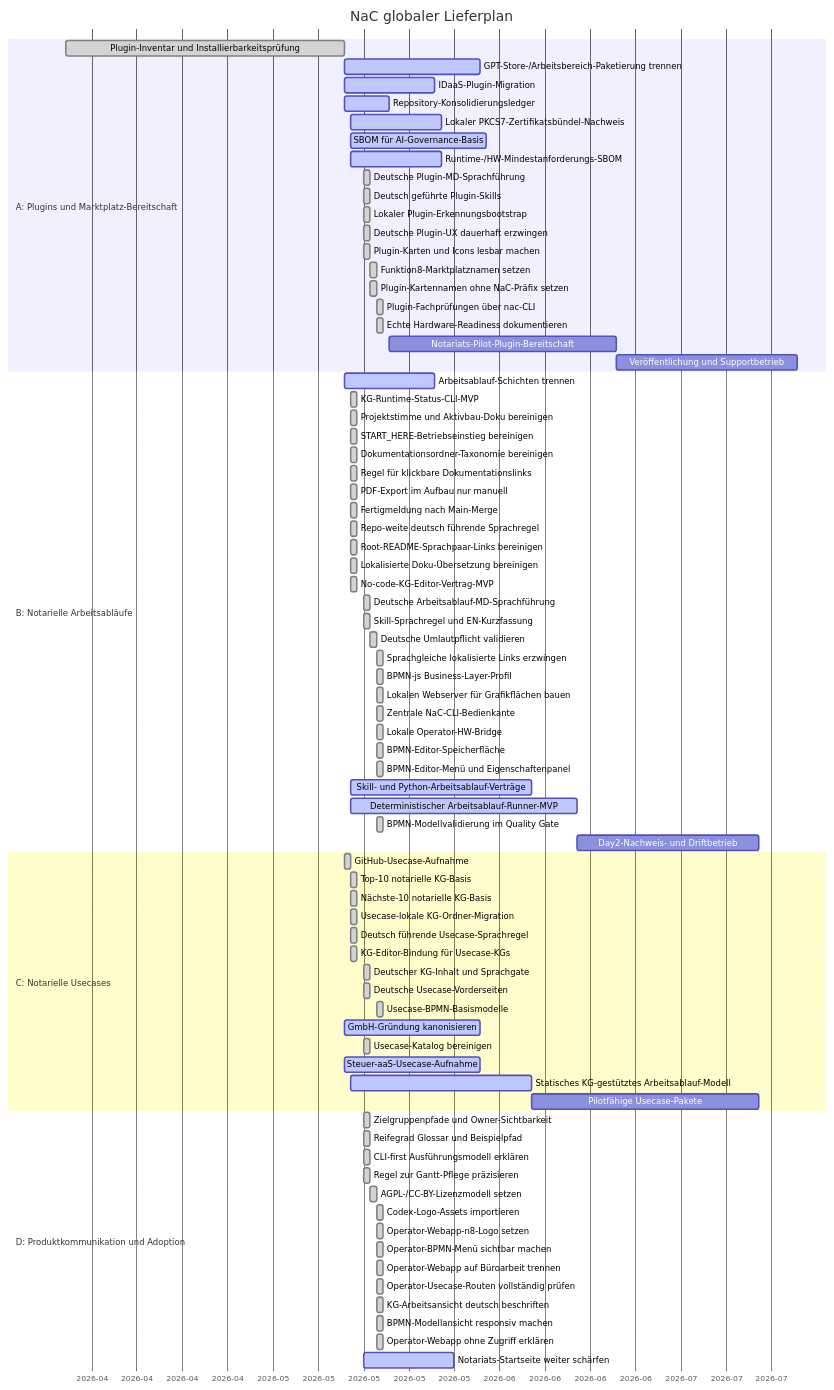
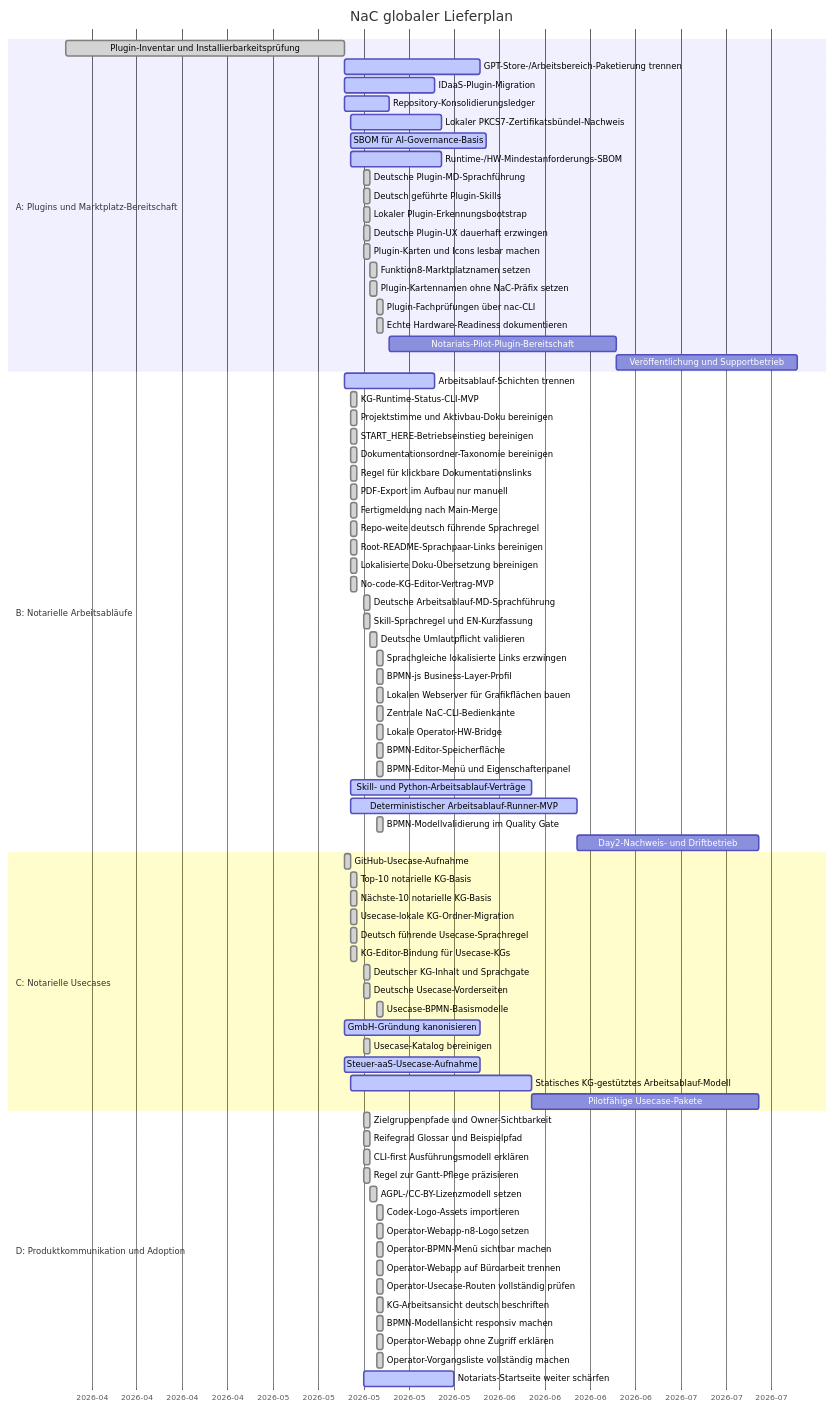
Before and after one commit to notariat8/NaC: the diagram in roadmap/GANTT.md, drawn with Mermaid. The commit also changed other lines of this file and 4 other files, not shown here.

````diff
--- a/roadmap/GANTT.md
+++ b/roadmap/GANTT.md
@@ -95,5 +95,6 @@
     KG-Arbeitsansicht deutsch beschriften        :done,    d1j, 2026-05-19, 1d
     BPMN-Modellansicht responsiv machen          :done,    d1k, 2026-05-19, 1d
     Operator-Webapp ohne Zugriff erklären        :done,    d1l, 2026-05-19, 1d
+    Operator-Vorgangsliste vollständig machen    :done,    d1m, 2026-05-19, 1d
     Notariats-Startseite weiter schärfen        :active,  d2, 2026-05-17, 14d
 ```
````
